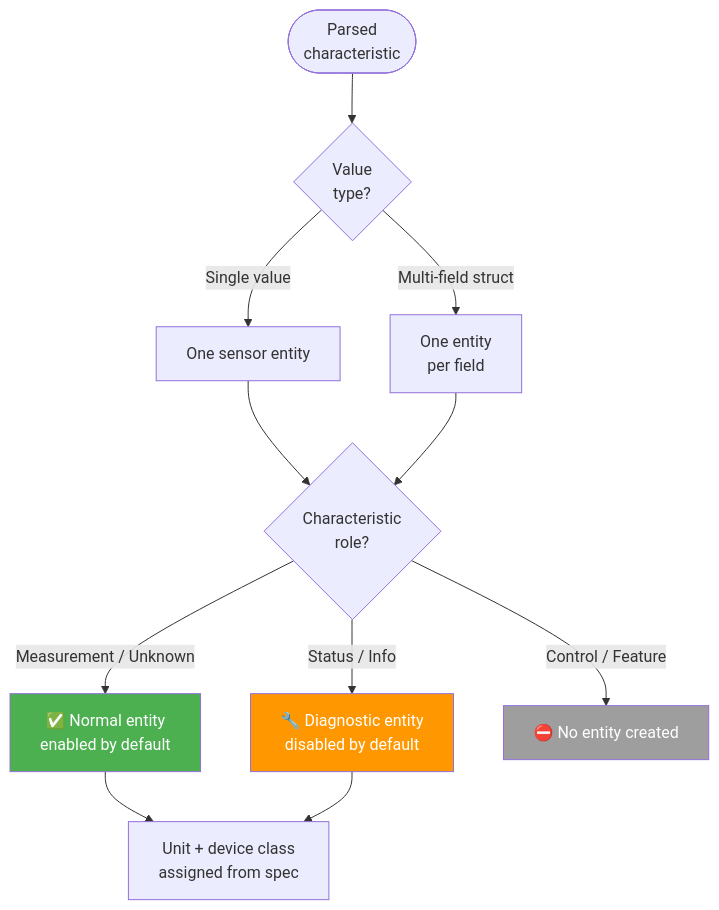
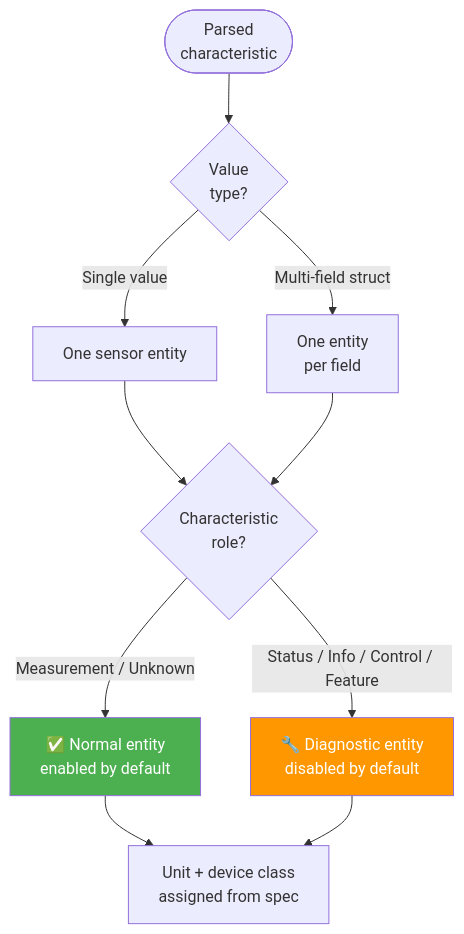
The second of 2 diagrams in docs/explanation/data-paths.md (RonanB96/ha-bluetooth-sig), drawn with Mermaid before and after one commit. The commit also changed 14 other files, not shown here.

````diff
--- a/docs/explanation/data-paths.md
+++ b/docs/explanation/data-paths.md
@@ -67,20 +67,18 @@
 ```mermaid
 flowchart TD
   data(["Parsed<br>characteristic"]) --> type{"Value<br>type?"}
   type -->|Single value| one["One sensor entity"]
   type -->|Multi-field struct| expand["One entity<br>per field"]
 
   one --> role{"Characteristic<br>role?"}
   expand --> role
 
   role -->|Measurement / Unknown| normal["✅ Normal entity<br>enabled by default"]
-  role -->|Status / Info| diag["🔧 Diagnostic entity<br>disabled by default"]
-  role -->|Control / Feature| skip["⛔ No entity created"]
+  role -->|Status / Info / Control / Feature| diag["🔧 Diagnostic entity<br>disabled by default"]
 
   normal --> meta["Unit + device class<br>assigned from spec"]
   diag --> meta
 
   style normal fill:#4caf50,color:#fff
   style diag fill:#ff9800,color:#fff
-  style skip fill:#9e9e9e,color:#fff
 ```
````
